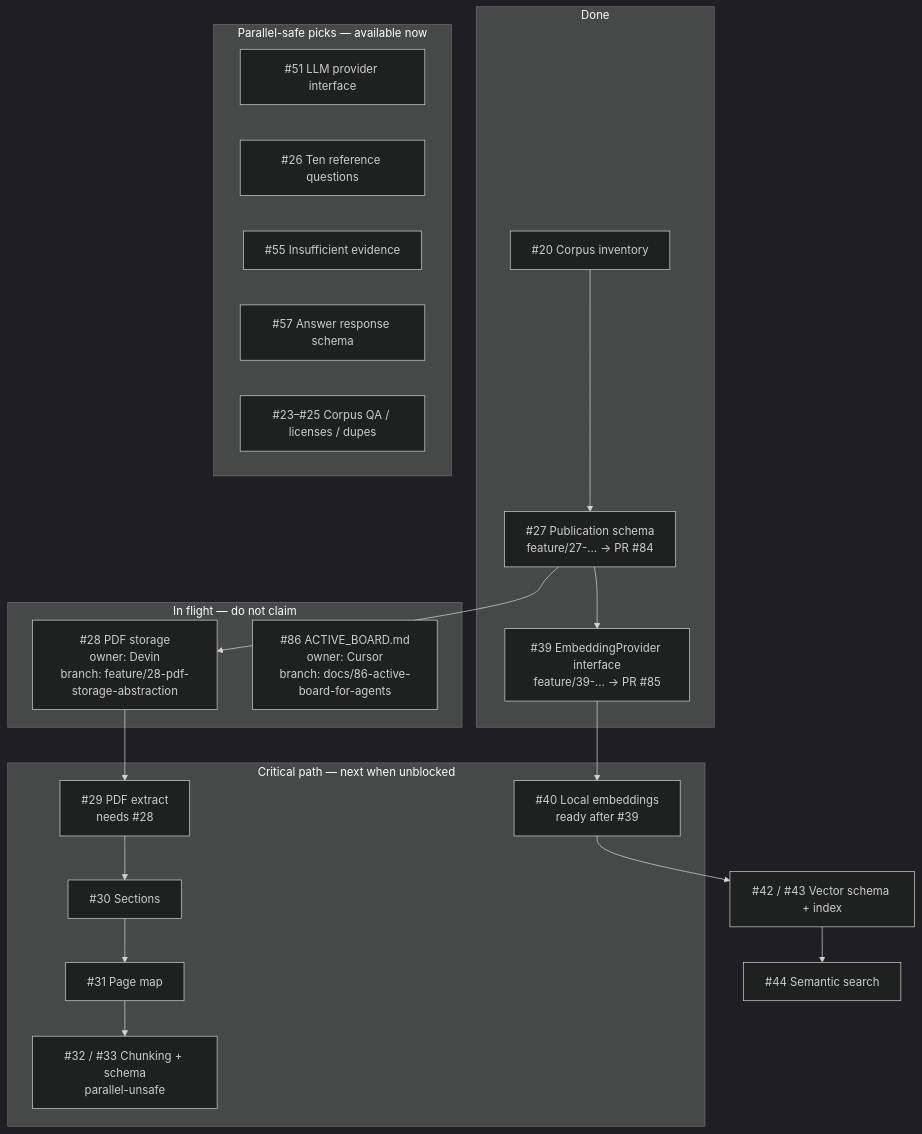
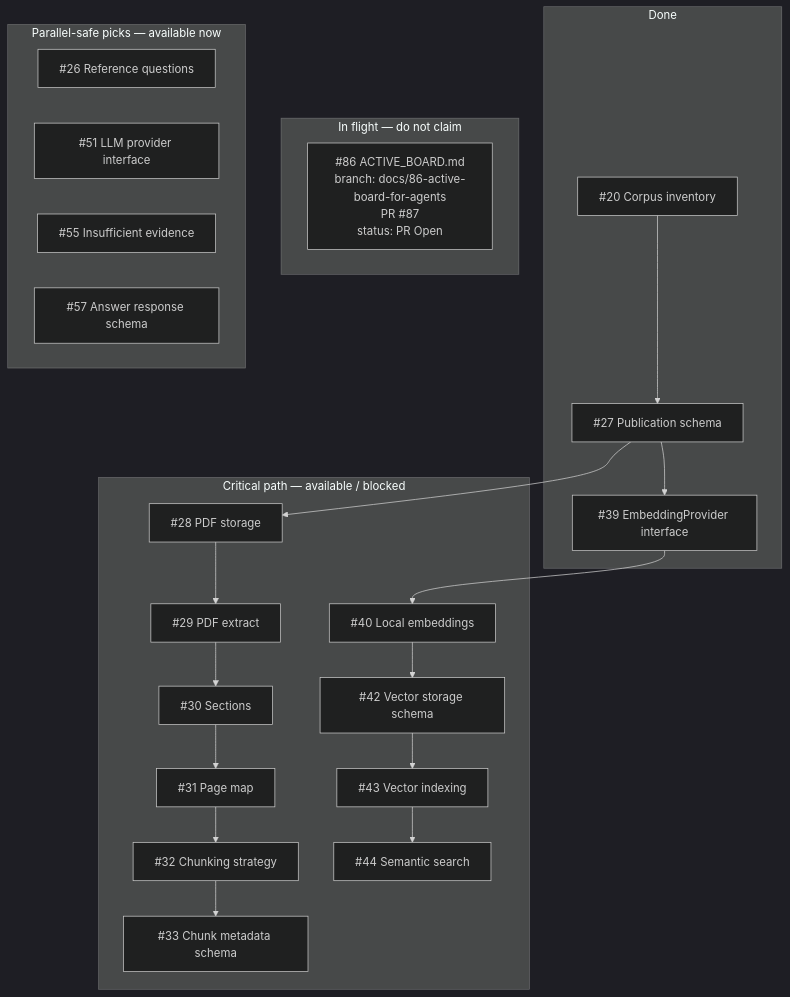
Before and after one commit to bluefate/spacebio-evidence-engine: the diagram in docs/development/ACTIVE_BOARD.md, drawn with Mermaid (dark theme). The commit also changed other lines of this file and 6 other files, not shown here.

First line of the commit message:
Add make refresh-board so agents auto-update the Mermaid task tree.

````diff
--- a/docs/development/ACTIVE_BOARD.md
+++ b/docs/development/ACTIVE_BOARD.md
@@ -32,39 +61,41 @@
 ```mermaid
 flowchart TB
   subgraph done [Done]
     i20["#20 Corpus inventory"]
-    i27["#27 Publication schema<br/>feature/27-… → PR #84"]
-    i39["#39 EmbeddingProvider interface<br/>feature/39-… → PR #85"]
+    i27["#27 Publication schema"]
+    i39["#39 EmbeddingProvider interface"]
   end
-
   subgraph inflight [In flight — do not claim]
-    i28["#28 PDF storage<br/>owner: Devin<br/>branch: feature/28-pdf-storage-abstraction"]
-    i86["#86 ACTIVE_BOARD.md<br/>owner: Cursor<br/>branch: docs/86-active-board-for-agents"]
+    i86["#86 ACTIVE_BOARD.md<br/>branch: docs/86-active-board-for-agents<br/>PR #87<br/>status: PR Open"]
   end
-
-  subgraph nextCritical [Critical path — next when unblocked]
-    i29["#29 PDF extract<br/>needs #28"]
-    i40["#40 Local embeddings<br/>ready after #39"]
+  subgraph nextCritical [Critical path — available / blocked]
+    i28["#28 PDF storage"]
+    i29["#29 PDF extract"]
     i30["#30 Sections"]
     i31["#31 Page map"]
-    i32["#32 / #33 Chunking + schema<br/>parallel-unsafe"]
+    i32["#32 Chunking strategy"]
+    i33["#33 Chunk metadata schema"]
+    i40["#40 Local embeddings"]
+    i42["#42 Vector storage schema"]
+    i43["#43 Vector indexing"]
+    i44["#44 Semantic search"]
   end
-
   subgraph nextParallel [Parallel-safe picks — available now]
+    i26["#26 Reference questions"]
     i51["#51 LLM provider interface"]
-    i26["#26 Ten reference questions"]
     i55["#55 Insufficient evidence"]
     i57["#57 Answer response schema"]
-    i23["#23–#25 Corpus QA / licenses / dupes"]
   end
-
   i20 --> i27
   i27 --> i28
   i28 --> i29
-  i29 --> i30 --> i31
+  i29 --> i30
+  i30 --> i31
   i31 --> i32
+  i32 --> i33
   i27 --> i39
   i39 --> i40
-  i40 --> i42["#42 / #43 Vector schema + index"]
-  i42 --> i44["#44 Semantic search"]
+  i40 --> i42
+  i42 --> i43
+  i43 --> i44
 ```
````
